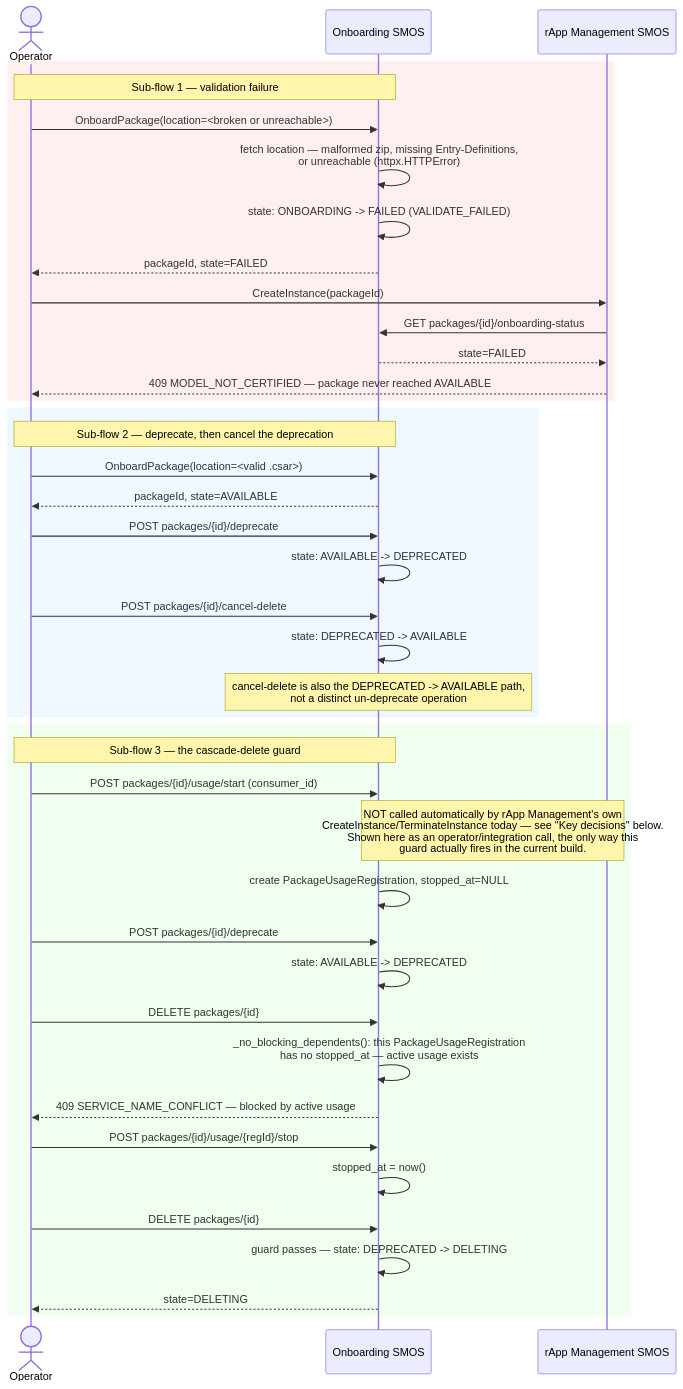
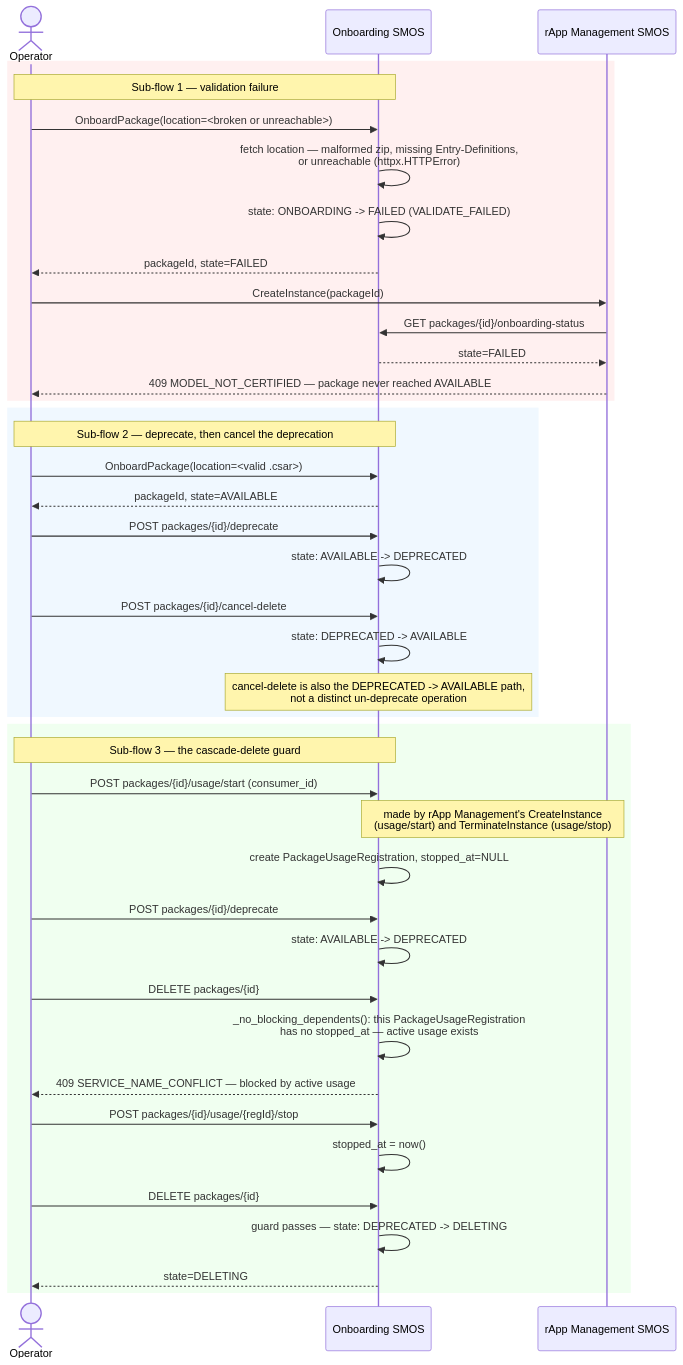
The diagram in smo/docs/call-flows/06-onboarding-failure-deprecation-deletion.md (rsys-bshankar/ai-ran-ref), drawn with Mermaid before and after one commit. The commit also changed other lines of this file and 24 other files, not shown here.

First line of the commit message:
Docs cleanup: call flows describe the current behaviour

````diff
--- a/smo/docs/call-flows/06-onboarding-failure-deprecation-deletion.md
+++ b/smo/docs/call-flows/06-onboarding-failure-deprecation-deletion.md
@@ -15,46 +12,46 @@
 ```mermaid
 sequenceDiagram
     actor Operator
     participant Onb as Onboarding SMOS
     participant Rapp as rApp Management SMOS
 
     rect rgb(255, 240, 240)
     Note over Operator,Onb: Sub-flow 1 — validation failure
     Operator->>Onb: OnboardPackage(location=<broken or unreachable>)
     Onb->>Onb: fetch location — malformed zip, missing Entry-Definitions,<br/>or unreachable (httpx.HTTPError)
     Onb->>Onb: state: ONBOARDING -> FAILED (VALIDATE_FAILED)
     Onb-->>Operator: packageId, state=FAILED
     Operator->>Rapp: CreateInstance(packageId)
     Rapp->>Onb: GET packages/{id}/onboarding-status
     Onb-->>Rapp: state=FAILED
     Rapp-->>Operator: 409 MODEL_NOT_CERTIFIED — package never reached AVAILABLE
     end
 
     rect rgb(240, 248, 255)
     Note over Operator,Onb: Sub-flow 2 — deprecate, then cancel the deprecation
     Operator->>Onb: OnboardPackage(location=<valid .csar>)
     Onb-->>Operator: packageId, state=AVAILABLE
     Operator->>Onb: POST packages/{id}/deprecate
     Onb->>Onb: state: AVAILABLE -> DEPRECATED
     Operator->>Onb: POST packages/{id}/cancel-delete
     Onb->>Onb: state: DEPRECATED -> AVAILABLE
     Note over Onb: cancel-delete is also the DEPRECATED -> AVAILABLE path,<br/>not a distinct un-deprecate operation
     end
 
     rect rgb(240, 255, 240)
     Note over Operator,Onb: Sub-flow 3 — the cascade-delete guard
     Operator->>Onb: POST packages/{id}/usage/start (consumer_id)
-    Note over Rapp,Onb: NOT called automatically by rApp Management's own<br/>CreateInstance/TerminateInstance today — see "Key decisions" below.<br/>Shown here as an operator/integration call, the only way this<br/>guard actually fires in the current build.
+    Note over Rapp,Onb: made by rApp Management's CreateInstance<br/>(usage/start) and TerminateInstance (usage/stop)
     Onb->>Onb: create PackageUsageRegistration, stopped_at=NULL
     Operator->>Onb: POST packages/{id}/deprecate
     Onb->>Onb: state: AVAILABLE -> DEPRECATED
     Operator->>Onb: DELETE packages/{id}
     Onb->>Onb: _no_blocking_dependents(): this PackageUsageRegistration<br/>has no stopped_at — active usage exists
     Onb-->>Operator: 409 SERVICE_NAME_CONFLICT — blocked by active usage
     Operator->>Onb: POST packages/{id}/usage/{regId}/stop
     Onb->>Onb: stopped_at = now()
     Operator->>Onb: DELETE packages/{id}
     Onb->>Onb: guard passes — state: DEPRECATED -> DELETING
     Onb-->>Operator: state=DELETING
     end
 ```
````
